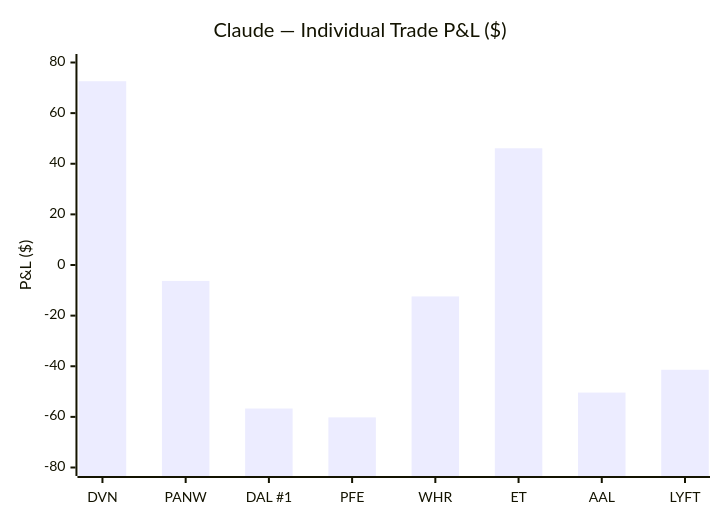
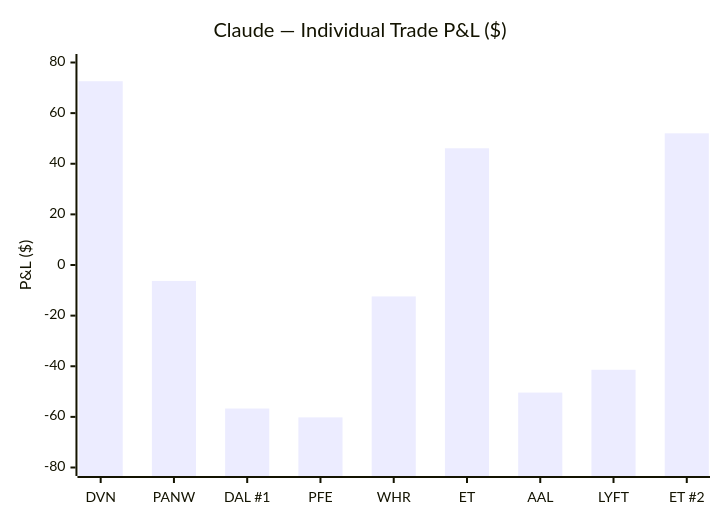
The second of 5 diagrams in README.md (zachisit/ai-auto-buy-thesis), drawn with Mermaid before and after one commit. The commit also changed other lines of this file and 6 other files, not shown here.

````diff
--- a/README.md
+++ b/README.md
@@ -39,7 +39,7 @@
 ```mermaid
 xychart-beta
     title "Claude — Individual Trade P&L ($)"
-    x-axis ["DVN", "PANW", "DAL #1", "PFE", "WHR", "ET", "AAL", "LYFT"]
+    x-axis ["DVN", "PANW", "DAL #1", "PFE", "WHR", "ET", "AAL", "LYFT", "ET #2"]
     y-axis "P&L ($)" -80 --> 80
-    bar [72.60, -6.30, -56.70, -60.20, -12.41, 46.11, -50.40, -41.40]
+    bar [72.60, -6.30, -56.70, -60.20, -12.41, 46.11, -50.40, -41.40, 52.02]
 ```
````
